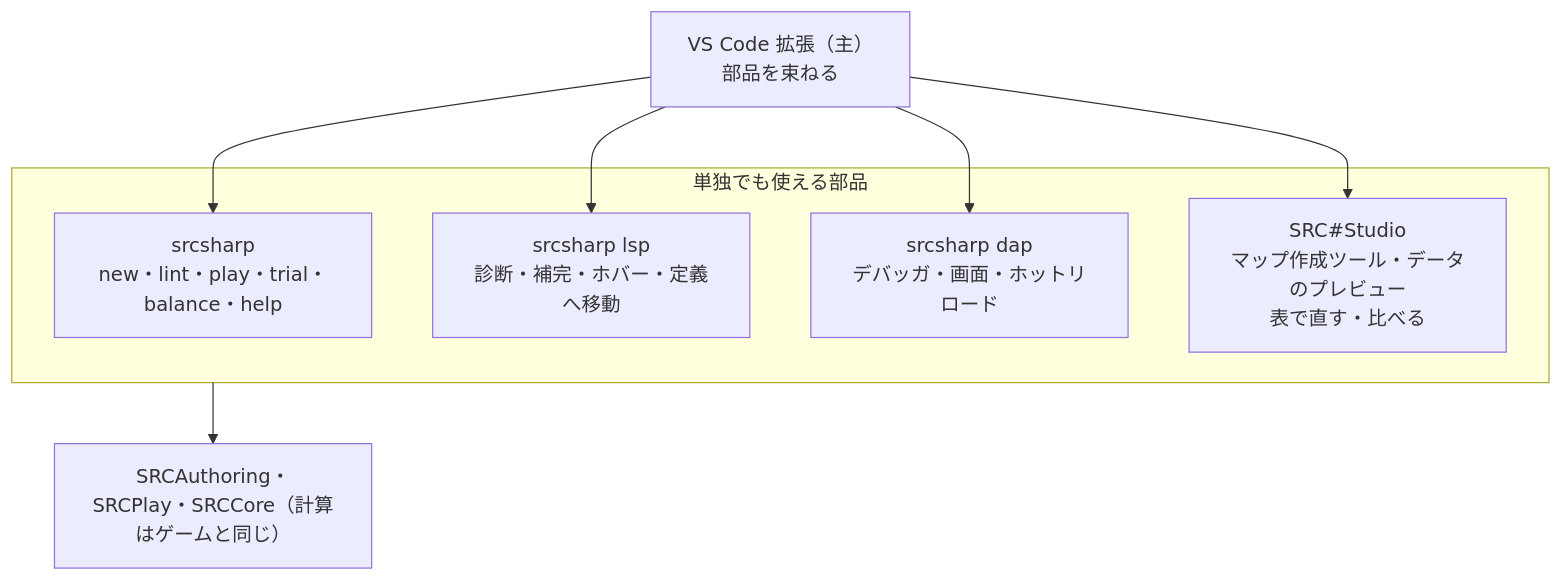
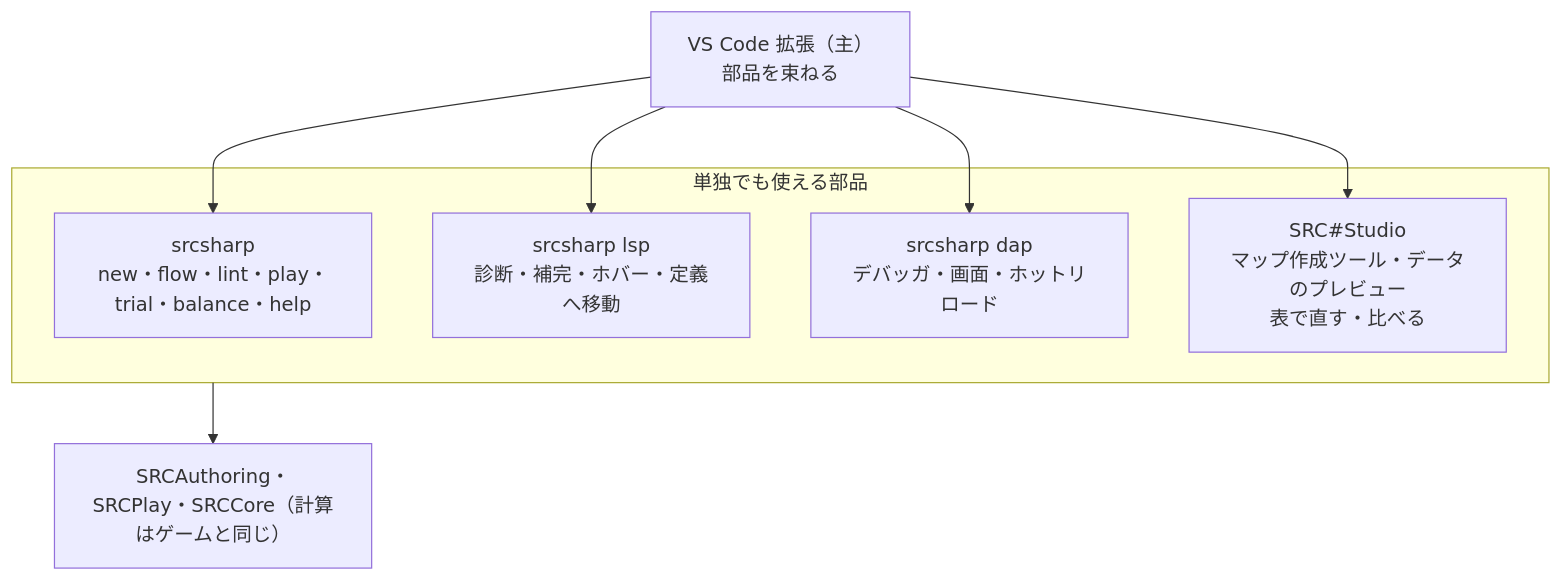
The second of 2 diagrams in docs/tools/authoring.md (7474/SRC), drawn with Mermaid before and after one commit. The commit also changed other lines of this file and 15 other files, not shown here.

Commit message:
feat: 複数話シナリオのひな形（--episodes）と話のつながりの図（srcsharp flow / VS Code）を追加 (#1652)

````diff
--- a/docs/tools/authoring.md
+++ b/docs/tools/authoring.md
@@ -47,12 +47,12 @@
 ```mermaid
 flowchart TB
   VSCode["VS Code 拡張（主）<br/>部品を束ねる"]
   subgraph Parts["単独でも使える部品"]
-    CLI["srcsharp<br/>new・lint・play・trial・balance・help"]
+    CLI["srcsharp<br/>new・flow・lint・play・trial・balance・help"]
     LSP["srcsharp lsp<br/>診断・補完・ホバー・定義へ移動"]
     DAP["srcsharp dap<br/>デバッガ・画面・ホットリロード"]
     Studio["SRC#Studio<br/>マップ作成ツール・データのプレビュー<br/>表で直す・比べる"]
   end
   VSCode --> CLI & LSP & DAP & Studio
   Parts --> Core["SRCAuthoring・SRCPlay・SRCCore（計算はゲームと同じ）"]
 ```
````
